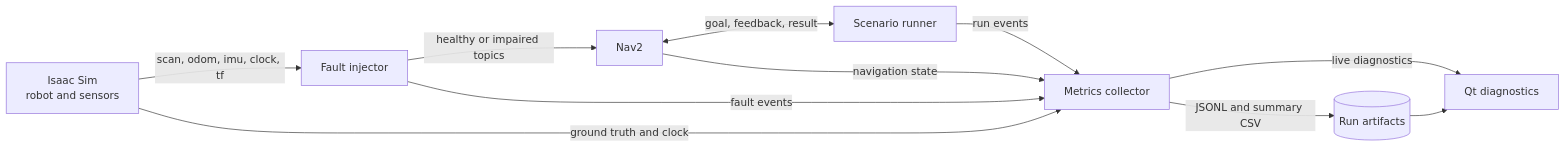
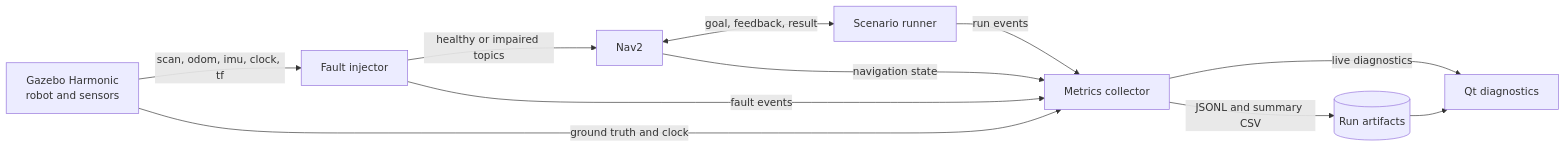
Before and after one commit to haejoonchoi/isaac-ros2-mobile-manipulator: the diagram in README.md, drawn with Mermaid. The commit also changed other lines of this file and 62 other files, not shown here.

First line of the commit message:
feat: migrate project planning to Gazebo Harmonic

````diff
--- a/README.md
+++ b/README.md
@@ -19,13 +19,13 @@
 ```mermaid
 flowchart LR
-	SIM[Isaac Sim<br/>robot and sensors] -->|scan, odom, imu, clock, tf| FI[Fault injector]
+	SIM[Gazebo Harmonic<br/>robot and sensors] -->|scan, odom, imu, clock, tf| FI[Fault injector]
 	FI -->|healthy or impaired topics| NAV[Nav2]
 	NAV <-->|goal, feedback, result| RUN[Scenario runner]
 	RUN -->|run events| MET[Metrics collector]
 	FI -->|fault events| MET
 	NAV -->|navigation state| MET
 	SIM -->|ground truth and clock| MET
 	MET -->|live diagnostics| UI[Qt diagnostics]
 	MET -->|JSONL and summary CSV| ART[(Run artifacts)]
 	ART --> UI
 ```
````
